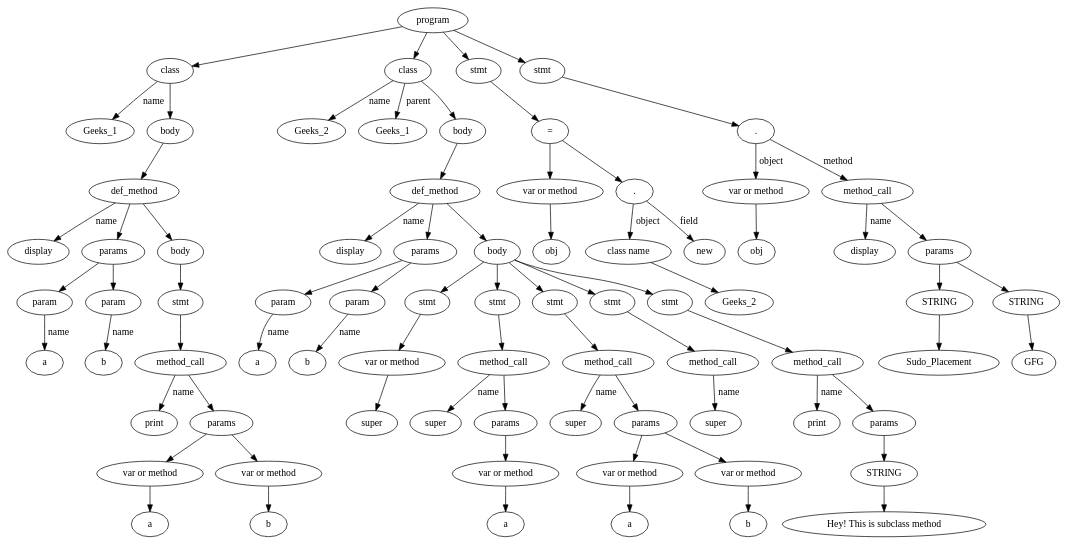
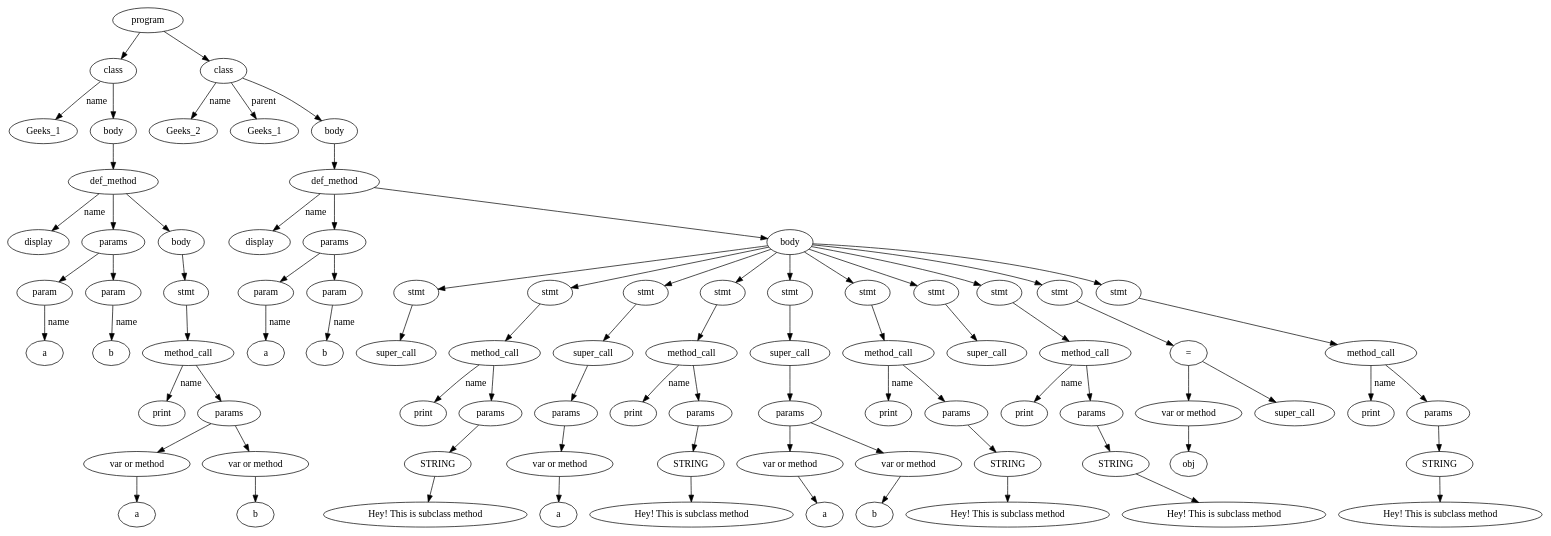
The diagram in Compiler/tree.dot (BlackVisionn/RubyCompiler), drawn with Graphviz before and after one commit. The commit also changed 14 other files, not shown here.

```diff
--- a/Compiler/tree.dot
+++ b/Compiler/tree.dot
@@ -1,154 +1,167 @@
 digraph G {
-Id0000000000bb9fb0 [label="program"]
-Id0000000000bb1880 [label="class"]
-IdName0000000000bb1880 [label="Geeks_1"]
-Id0000000000bb1880->IdName0000000000bb1880 [label="name"]
-Id0000000000bb1830 [label="body"]
-Id0000000000bb1880->Id0000000000bb1830
-Id0000000000bb1800 [label="def_method"]
-IdName0000000000bb1800 [label="display"]
-Id0000000000bb1800->IdName0000000000bb1800 [label = "name"]
-Id0000000000bb15f0 [label="params"]
-Id0000000000bb15d0 [label="param"]
-Id0000000000bb15f0->Id0000000000bb15d0
-IdNameVal0000000000bb15d0 [label="a"]
-Id0000000000bb15d0->IdNameVal0000000000bb15d0 [label="name"]
-Id0000000000bb1630 [label="param"]
-Id0000000000bb15f0->Id0000000000bb1630
-IdNameVal0000000000bb1630 [label="b"]
-Id0000000000bb1630->IdNameVal0000000000bb1630 [label="name"]
-Id0000000000bb1800->Id0000000000bb15f0
-Id0000000000bb17e0 [label="body"]
-Id0000000000bb1790 [label="stmt"]
-Id0000000000bb1750 [label="method_call"]
-IdMethodNameVal0000000000bb1750 [label="print"]
-Id0000000000bb1750->IdMethodNameVal0000000000bb1750 [label="name"]
-Id0000000000bb16d0 [label="params"]
-Id0000000000bb1750->Id0000000000bb16d0
-Id0000000000bb1690 [label="var or method"]
-IdVal0000000000bb1690 [label="a"]
-Id0000000000bb1690->IdVal0000000000bb1690
-Id0000000000bb16d0->Id0000000000bb1690
-Id0000000000bb1710 [label="var or method"]
-IdVal0000000000bb1710 [label="b"]
-Id0000000000bb1710->IdVal0000000000bb1710
-Id0000000000bb16d0->Id0000000000bb1710
-Id0000000000bb1790->Id0000000000bb1750
-Id0000000000bb17e0->Id0000000000bb1790
-Id0000000000bb1800->Id0000000000bb17e0
-Id0000000000bb1830->Id0000000000bb1800
-Id0000000000bb9fb0->Id0000000000bb1880
-Id0000000000bbaa30 [label="class"]
-IdName0000000000bbaa30 [label="Geeks_2"]
-Id0000000000bbaa30->IdName0000000000bbaa30 [label="name"]
-IdParent0000000000bbaa30 [label="Geeks_1"]
-Id0000000000bbaa30->IdParent0000000000bbaa30 [label="parent"]
-Id0000000000bbaa50 [label="body"]
-Id0000000000bbaa30->Id0000000000bbaa50
-Id0000000000bba690 [label="def_method"]
-IdName0000000000bba690 [label="display"]
-Id0000000000bba690->IdName0000000000bba690 [label = "name"]
-Id0000000000bb1960 [label="params"]
-Id0000000000bb1940 [label="param"]
-Id0000000000bb1960->Id0000000000bb1940
-IdNameVal0000000000bb1940 [label="a"]
-Id0000000000bb1940->IdNameVal0000000000bb1940 [label="name"]
-Id0000000000bb19a0 [label="param"]
-Id0000000000bb1960->Id0000000000bb19a0
-IdNameVal0000000000bb19a0 [label="b"]
-Id0000000000bb19a0->IdNameVal0000000000bb19a0 [label="name"]
-Id0000000000bba690->Id0000000000bb1960
-Id0000000000bb1a90 [label="body"]
-Id0000000000bb1a40 [label="stmt"]
-Id0000000000bb19e0 [label="var or method"]
-IdVal0000000000bb19e0 [label="super"]
-Id0000000000bb19e0->IdVal0000000000bb19e0
-Id0000000000bb1a40->Id0000000000bb19e0
-Id0000000000bb1a90->Id0000000000bb1a40
-Id0000000000bb1b70 [label="stmt"]
-Id0000000000bb1b30 [label="method_call"]
-IdMethodNameVal0000000000bb1b30 [label="super"]
-Id0000000000bb1b30->IdMethodNameVal0000000000bb1b30 [label="name"]
-Id0000000000bb1b10 [label="params"]
-Id0000000000bb1b30->Id0000000000bb1b10
-Id0000000000bb1ad0 [label="var or method"]
-IdVal0000000000bb1ad0 [label="a"]
-Id0000000000bb1ad0->IdVal0000000000bb1ad0
-Id0000000000bb1b10->Id0000000000bb1ad0
-Id0000000000bb1b70->Id0000000000bb1b30
-Id0000000000bb1a90->Id0000000000bb1b70
-Id0000000000bba490 [label="stmt"]
-Id0000000000bba450 [label="method_call"]
-IdMethodNameVal0000000000bba450 [label="super"]
-Id0000000000bba450->IdMethodNameVal0000000000bba450 [label="name"]
-Id0000000000bb1bc0 [label="params"]
-Id0000000000bba450->Id0000000000bb1bc0
-Id0000000000bba3d0 [label="var or method"]
-IdVal0000000000bba3d0 [label="a"]
-Id0000000000bba3d0->IdVal0000000000bba3d0
-Id0000000000bb1bc0->Id0000000000bba3d0
-Id0000000000bba410 [label="var or method"]
-IdVal0000000000bba410 [label="b"]
-Id0000000000bba410->IdVal0000000000bba410
-Id0000000000bb1bc0->Id0000000000bba410
-Id0000000000bba490->Id0000000000bba450
-Id0000000000bb1a90->Id0000000000bba490
-Id0000000000bba520 [label="stmt"]
-Id0000000000bba4e0 [label="method_call"]
-IdMethodNameVal0000000000bba4e0 [label="super"]
-Id0000000000bba4e0->IdMethodNameVal0000000000bba4e0 [label="name"]
-Id0000000000bba520->Id0000000000bba4e0
-Id0000000000bb1a90->Id0000000000bba520
-Id0000000000bba640 [label="stmt"]
-Id0000000000bba600 [label="method_call"]
-IdMethodNameVal0000000000bba600 [label="print"]
-Id0000000000bba600->IdMethodNameVal0000000000bba600 [label="name"]
-Id0000000000bba5e0 [label="params"]
-Id0000000000bba600->Id0000000000bba5e0
-Id0000000000bba5a0 [label="STRING"]
-IdVal0000000000bba5a0 [label="Hey! This is subclass method"]
-Id0000000000bba5a0->IdVal0000000000bba5a0
-Id0000000000bba5e0->Id0000000000bba5a0
-Id0000000000bba640->Id0000000000bba600
-Id0000000000bb1a90->Id0000000000bba640
-Id0000000000bba690->Id0000000000bb1a90
-Id0000000000bbaa50->Id0000000000bba690
-Id0000000000bb9fb0->Id0000000000bbaa30
-Id0000000000bbac00 [label="stmt"]
-Id0000000000bbabc0 [label="="]
-Id0000000000bbab00 [label="var or method"]
-IdVal0000000000bbab00 [label="obj"]
-Id0000000000bbab00->IdVal0000000000bbab00
-Id0000000000bbab80 [label="."]Id0000000000bbab40 [label="class name"]
-IdVal0000000000bbab40 [label="Geeks_2"]
-Id0000000000bbab40->IdVal0000000000bbab40
-Id0000000000bbab80->Id0000000000bbab40 [label = "object"]
-Id0000000000bb9f20 [label = "new"]
-Id0000000000bbab80->Id0000000000bb9f20 [label = "field"]
-Id0000000000bbabc0->Id0000000000bbab00
-Id0000000000bbabc0->Id0000000000bbab80
-Id0000000000bbac00->Id0000000000bbabc0
-Id0000000000bb9fb0->Id0000000000bbac00
-Id0000000000bbb4d0 [label="stmt"]
-Id0000000000bbb090 [label="."]
-Id0000000000bbac80 [label="var or method"]
-IdVal0000000000bbac80 [label="obj"]
-Id0000000000bbac80->IdVal0000000000bbac80
-Id0000000000bbb010 [label="method_call"]
-IdMethodNameVal0000000000bbb010 [label="display"]
-Id0000000000bbb010->IdMethodNameVal0000000000bbb010 [label="name"]
-Id0000000000bba890 [label="params"]
-Id0000000000bbb010->Id0000000000bba890
-Id0000000000bbafd0 [label="STRING"]
-IdVal0000000000bbafd0 [label="Sudo_Placement"]
-Id0000000000bbafd0->IdVal0000000000bbafd0
-Id0000000000bba890->Id0000000000bbafd0
-Id0000000000bbae10 [label="STRING"]
-IdVal0000000000bbae10 [label="GFG"]
-Id0000000000bbae10->IdVal0000000000bbae10
-Id0000000000bba890->Id0000000000bbae10
-Id0000000000bbb090->Id0000000000bbac80 [label = "object"]
-Id0000000000bbb090->Id0000000000bbb010 [label = "method"]
-Id0000000000bbb4d0->Id0000000000bbb090
-Id0000000000bb9fb0->Id0000000000bbb4d0
+Id0000000000bf9eb0 [label="program"]
+Id0000000000bf1860 [label="class"]
+IdName0000000000bf1860 [label="Geeks_1"]
+Id0000000000bf1860->IdName0000000000bf1860 [label="name"]
+Id0000000000bf1810 [label="body"]
+Id0000000000bf1860->Id0000000000bf1810
+Id0000000000bf17e0 [label="def_method"]
+IdName0000000000bf17e0 [label="display"]
+Id0000000000bf17e0->IdName0000000000bf17e0 [label = "name"]
+Id0000000000bf15d0 [label="params"]
+Id0000000000bf15b0 [label="param"]
+Id0000000000bf15d0->Id0000000000bf15b0
+IdNameVal0000000000bf15b0 [label="a"]
+Id0000000000bf15b0->IdNameVal0000000000bf15b0 [label="name"]
+Id0000000000bf1610 [label="param"]
+Id0000000000bf15d0->Id0000000000bf1610
+IdNameVal0000000000bf1610 [label="b"]
+Id0000000000bf1610->IdNameVal0000000000bf1610 [label="name"]
+Id0000000000bf17e0->Id0000000000bf15d0
+Id0000000000bf17c0 [label="body"]
+Id0000000000bf1770 [label="stmt"]
+Id0000000000bf1730 [label="method_call"]
+IdMethodNameVal0000000000bf1730 [label="print"]
+Id0000000000bf1730->IdMethodNameVal0000000000bf1730 [label="name"]
+Id0000000000bf16b0 [label="params"]
+Id0000000000bf1730->Id0000000000bf16b0
+Id0000000000bf1670 [label="var or method"]
+IdVal0000000000bf1670 [label="a"]
+Id0000000000bf1670->IdVal0000000000bf1670
+Id0000000000bf16b0->Id0000000000bf1670
+Id0000000000bf16f0 [label="var or method"]
+IdVal0000000000bf16f0 [label="b"]
+Id0000000000bf16f0->IdVal0000000000bf16f0
+Id0000000000bf16b0->Id0000000000bf16f0
+Id0000000000bf1770->Id0000000000bf1730
+Id0000000000bf17c0->Id0000000000bf1770
+Id0000000000bf17e0->Id0000000000bf17c0
+Id0000000000bf1810->Id0000000000bf17e0
+Id0000000000bf9eb0->Id0000000000bf1860
+Id0000000000bfa5c0 [label="class"]
+IdName0000000000bfa5c0 [label="Geeks_2"]
+Id0000000000bfa5c0->IdName0000000000bfa5c0 [label="name"]
+IdParent0000000000bfa5c0 [label="Geeks_1"]
+Id0000000000bfa5c0->IdParent0000000000bfa5c0 [label="parent"]
+Id0000000000bfa540 [label="body"]
+Id0000000000bfa5c0->Id0000000000bfa540
+Id0000000000bfb3a0 [label="def_method"]
+IdName0000000000bfb3a0 [label="display"]
+Id0000000000bfb3a0->IdName0000000000bfb3a0 [label = "name"]
+Id0000000000bf1940 [label="params"]
+Id0000000000bf1920 [label="param"]
+Id0000000000bf1940->Id0000000000bf1920
+IdNameVal0000000000bf1920 [label="a"]
+Id0000000000bf1920->IdNameVal0000000000bf1920 [label="name"]
+Id0000000000bf98e0 [label="param"]
+Id0000000000bf1940->Id0000000000bf98e0
+IdNameVal0000000000bf98e0 [label="b"]
+Id0000000000bf98e0->IdNameVal0000000000bf98e0 [label="name"]
+Id0000000000bfb3a0->Id0000000000bf1940
+Id0000000000bf99b0 [label="body"]
+Id0000000000bf9960 [label="stmt"]
+Id0000000000bf9900 [label="super_call"]
+Id0000000000bf9960->Id0000000000bf9900
+Id0000000000bf99b0->Id0000000000bf9960
+Id0000000000bf9aa0 [label="stmt"]
+Id0000000000bf9a60 [label="method_call"]
+IdMethodNameVal0000000000bf9a60 [label="print"]
+Id0000000000bf9a60->IdMethodNameVal0000000000bf9a60 [label="name"]
+Id0000000000bf9a40 [label="params"]
+Id0000000000bf9a60->Id0000000000bf9a40
+Id0000000000bf9a00 [label="STRING"]
+IdVal0000000000bf9a00 [label="Hey! This is subclass method"]
+Id0000000000bf9a00->IdVal0000000000bf9a00
+Id0000000000bf9a40->Id0000000000bf9a00
+Id0000000000bf9aa0->Id0000000000bf9a60
+Id0000000000bf99b0->Id0000000000bf9aa0
+Id0000000000bf9bd0 [label="stmt"]
+Id0000000000bf9b70 [label="super_call"]
+Id0000000000bf9b50 [label="params"]
+Id0000000000bf9b70->Id0000000000bf9b50
+Id0000000000bf9b10 [label="var or method"]
+IdVal0000000000bf9b10 [label="a"]
+Id0000000000bf9b10->IdVal0000000000bf9b10
+Id0000000000bf9b50->Id0000000000bf9b10
+Id0000000000bf9bd0->Id0000000000bf9b70
+Id0000000000bf99b0->Id0000000000bf9bd0
+Id0000000000bf9cf0 [label="stmt"]
+Id0000000000bf9cb0 [label="method_call"]
+IdMethodNameVal0000000000bf9cb0 [label="print"]
+Id0000000000bf9cb0->IdMethodNameVal0000000000bf9cb0 [label="name"]
+Id0000000000bf9c90 [label="params"]
+Id0000000000bf9cb0->Id0000000000bf9c90
+Id0000000000bf9c50 [label="STRING"]
+IdVal0000000000bf9c50 [label="Hey! This is subclass method"]
+Id0000000000bf9c50->IdVal0000000000bf9c50
+Id0000000000bf9c90->Id0000000000bf9c50
+Id0000000000bf9cf0->Id0000000000bf9cb0
+Id0000000000bf99b0->Id0000000000bf9cf0
+Id0000000000bfa820 [label="stmt"]
+Id0000000000bfa7e0 [label="super_call"]
+Id0000000000bfa620 [label="params"]
+Id0000000000bfa7e0->Id0000000000bfa620
+Id0000000000bfa350 [label="var or method"]
+IdVal0000000000bfa350 [label="a"]
+Id0000000000bfa350->IdVal0000000000bfa350
+Id0000000000bfa620->Id0000000000bfa350
+Id0000000000bfa7a0 [label="var or method"]
+IdVal0000000000bfa7a0 [label="b"]
+Id0000000000bfa7a0->IdVal0000000000bfa7a0
+Id0000000000bfa620->Id0000000000bfa7a0
+Id0000000000bfa820->Id0000000000bfa7e0
+Id0000000000bf99b0->Id0000000000bfa820
+Id0000000000bfa920 [label="stmt"]
+Id0000000000bfa8e0 [label="method_call"]
+IdMethodNameVal0000000000bfa8e0 [label="print"]
+Id0000000000bfa8e0->IdMethodNameVal0000000000bfa8e0 [label="name"]
+Id0000000000bfa440 [label="params"]
+Id0000000000bfa8e0->Id0000000000bfa440
+Id0000000000bfa8a0 [label="STRING"]
+IdVal0000000000bfa8a0 [label="Hey! This is subclass method"]
+Id0000000000bfa8a0->IdVal0000000000bfa8a0
+Id0000000000bfa440->Id0000000000bfa8a0
+Id0000000000bfa920->Id0000000000bfa8e0
+Id0000000000bf99b0->Id0000000000bfa920
+Id0000000000bfa9b0 [label="stmt"]
+Id0000000000bfa970 [label="super_call"]
+Id0000000000bfa9b0->Id0000000000bfa970
+Id0000000000bf99b0->Id0000000000bfa9b0
+Id0000000000bfb280 [label="stmt"]
+Id0000000000bfabc0 [label="method_call"]
+IdMethodNameVal0000000000bfabc0 [label="print"]
+Id0000000000bfabc0->IdMethodNameVal0000000000bfabc0 [label="name"]
+Id0000000000bfa6e0 [label="params"]
+Id0000000000bfabc0->Id0000000000bfa6e0
+Id0000000000bfaa30 [label="STRING"]
+IdVal0000000000bfaa30 [label="Hey! This is subclass method"]
+Id0000000000bfaa30->IdVal0000000000bfaa30
+Id0000000000bfa6e0->Id0000000000bfaa30
+Id0000000000bfb280->Id0000000000bfabc0
+Id0000000000bf99b0->Id0000000000bfb280
+Id0000000000bfb2d0 [label="stmt"]
+Id0000000000bfb040 [label="="]
+Id0000000000bfb1c0 [label="var or method"]
+IdVal0000000000bfb1c0 [label="obj"]
+Id0000000000bfb1c0->IdVal0000000000bfb1c0
+Id0000000000bfb200 [label="super_call"]
+Id0000000000bfb040->Id0000000000bfb1c0
+Id0000000000bfb040->Id0000000000bfb200
+Id0000000000bfb2d0->Id0000000000bfb040
+Id0000000000bf99b0->Id0000000000bfb2d0
+Id0000000000bfb350 [label="stmt"]
+Id0000000000bfb100 [label="method_call"]
+IdMethodNameVal0000000000bfb100 [label="print"]
+Id0000000000bfb100->IdMethodNameVal0000000000bfb100 [label="name"]
+Id0000000000bfa640 [label="params"]
+Id0000000000bfb100->Id0000000000bfa640
+Id0000000000bfac00 [label="STRING"]
+IdVal0000000000bfac00 [label="Hey! This is subclass method"]
+Id0000000000bfac00->IdVal0000000000bfac00
+Id0000000000bfa640->Id0000000000bfac00
+Id0000000000bfb350->Id0000000000bfb100
+Id0000000000bf99b0->Id0000000000bfb350
+Id0000000000bfb3a0->Id0000000000bf99b0
+Id0000000000bfa540->Id0000000000bfb3a0
+Id0000000000bf9eb0->Id0000000000bfa5c0
 }
```
